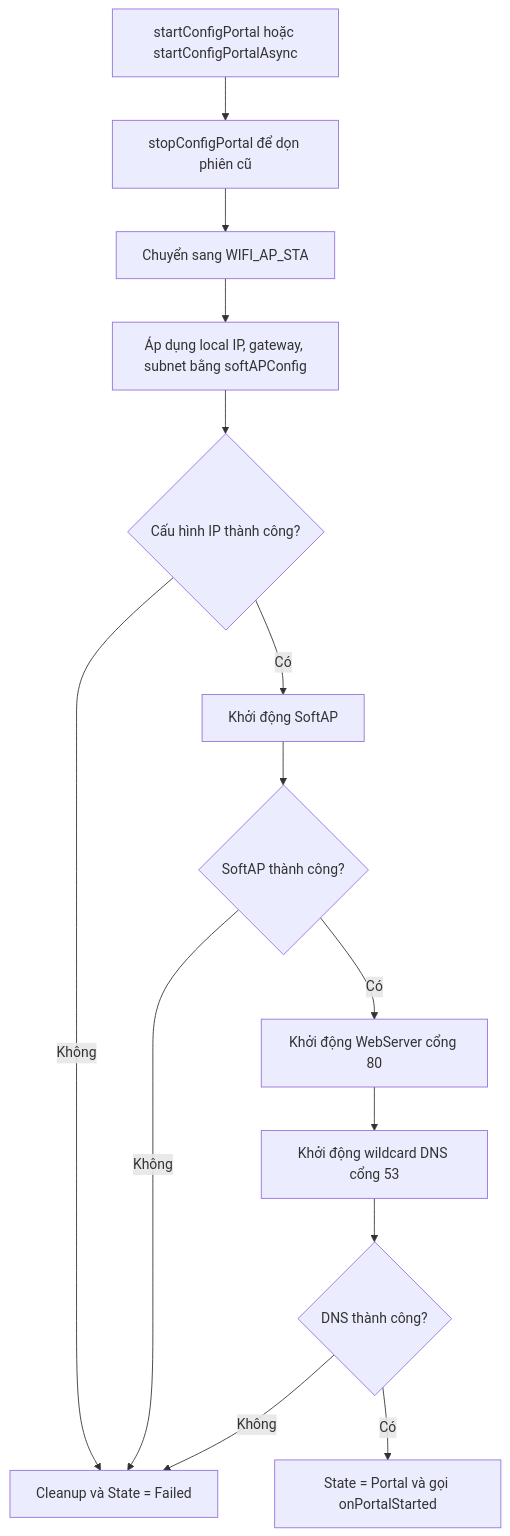
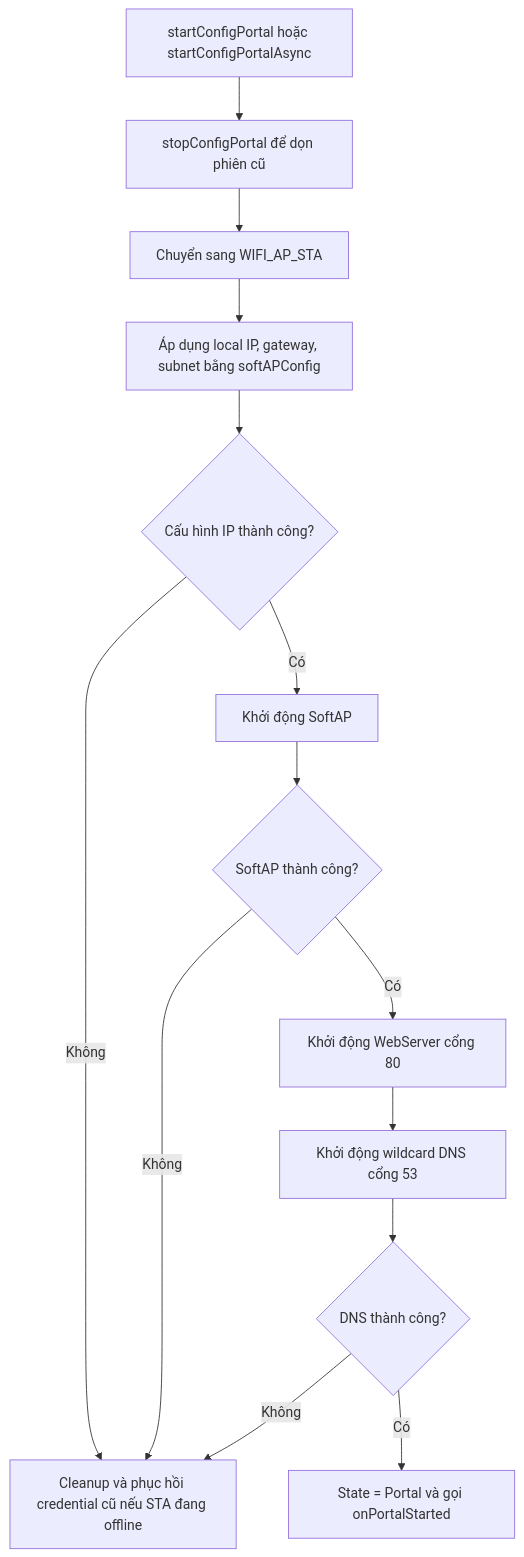
The third of 7 diagrams in docs/FlowChart.md (NguyenHien-8/ESP32WiFiPortal), drawn with Mermaid before and after one commit. The commit also changed other lines of this file and 4 other files, not shown here.

````diff
--- a/docs/FlowChart.md
+++ b/docs/FlowChart.md
@@ -54,16 +56,16 @@
 ```mermaid
 flowchart TD
     A[startConfigPortal hoặc startConfigPortalAsync] --> B[stopConfigPortal để dọn phiên cũ]
     B --> C[Chuyển sang WIFI_AP_STA]
     C --> D[Áp dụng local IP, gateway, subnet bằng softAPConfig]
     D --> E{Cấu hình IP thành công?}
-    E -- Không --> X[Cleanup và State = Failed]
+    E -- Không --> X[Cleanup và phục hồi credential cũ nếu STA đang offline]
     E -- Có --> F[Khởi động SoftAP]
     F --> G{SoftAP thành công?}
     G -- Không --> X
     G -- Có --> H[Khởi động WebServer cổng 80]
     H --> I[Khởi động wildcard DNS cổng 53]
     I --> J{DNS thành công?}
     J -- Không --> X
     J -- Có --> K[State = Portal và gọi onPortalStarted]
 ```
````
